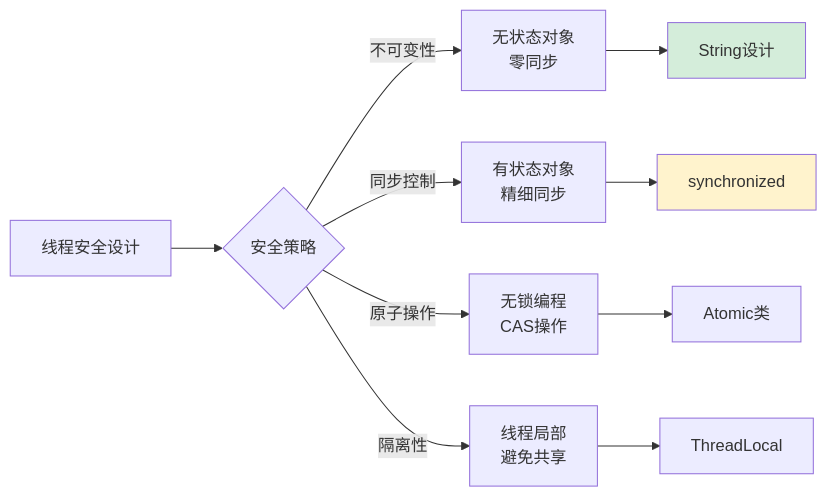
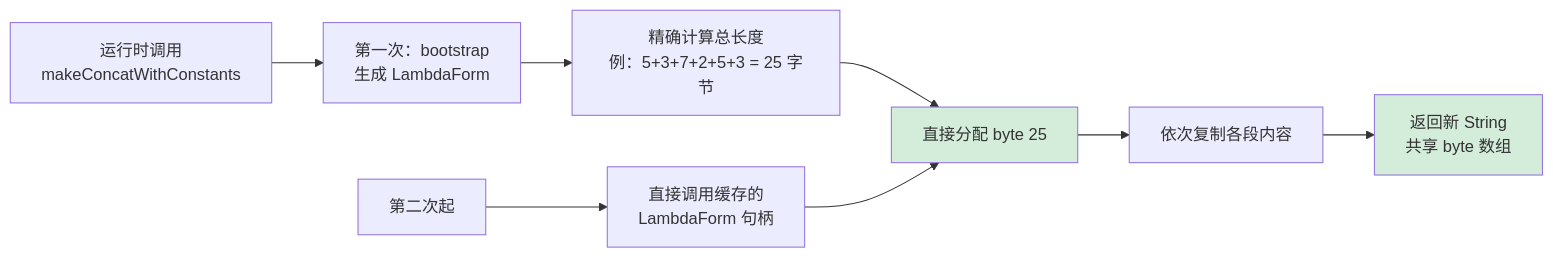
Before and after one commit to chongyang211/YCBookBlog: diagram 20 of 32 in 00.通用技术的提升/02.程序编程原理/01.字符串设计的灵魂.md, drawn with Mermaid. The commit also changed other lines of this file and 6 other files, not shown here.

````diff
--- a/00.通用技术的提升/02.程序编程原理/01.字符串设计的灵魂.md
+++ b/00.通用技术的提升/02.程序编程原理/01.字符串设计的灵魂.md
@@ -893,16 +1299,14 @@
 ```mermaid
 flowchart LR
-    A[线程安全设计] --> B{安全策略}
-    B -->|不可变性| C[无状态对象<br/>零同步]
-    B -->|同步控制| D[有状态对象<br/>精细同步]
-    B -->|原子操作| E[无锁编程<br/>CAS操作]
-    B -->|隔离性| F[线程局部<br/>避免共享]
+    A[运行时调用<br/>makeConcatWithConstants] --> B[第一次：bootstrap<br/>生成 LambdaForm]
+    B --> C[精确计算总长度<br/>例：5+3+7+2+5+3 = 25 字节]
+    C --> D[直接分配 byte 25 ]
+    D --> E[依次复制各段内容]
+    E --> F[返回新 String<br/>共享 byte 数组]
     
-    C --> G[String设计]
-    D --> H[synchronized]
-    E --> I[Atomic类]
-    F --> J[ThreadLocal]
-    
-    style G fill:#d4edda
-    style H fill:#fff3cd
+    A2[第二次起] --> G[直接调用缓存的<br/>LambdaForm 句柄]
+    G --> D
+
+    style D fill:#d4edda
+    style F fill:#d4edda
 ```
````
